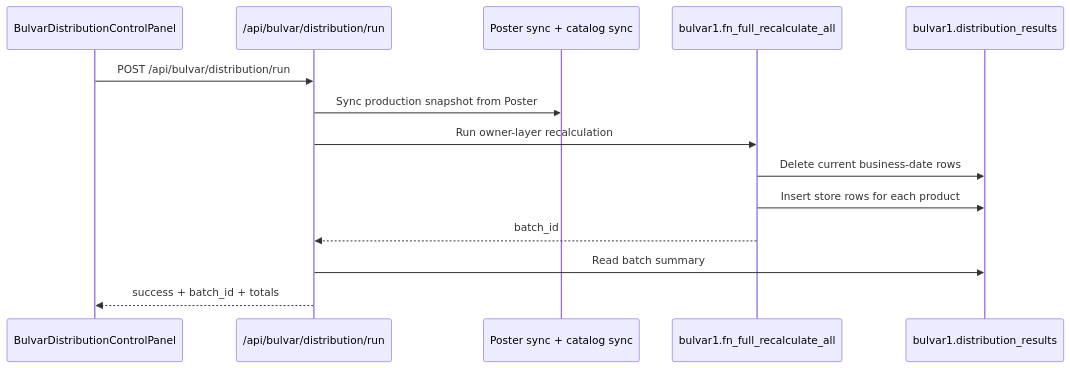
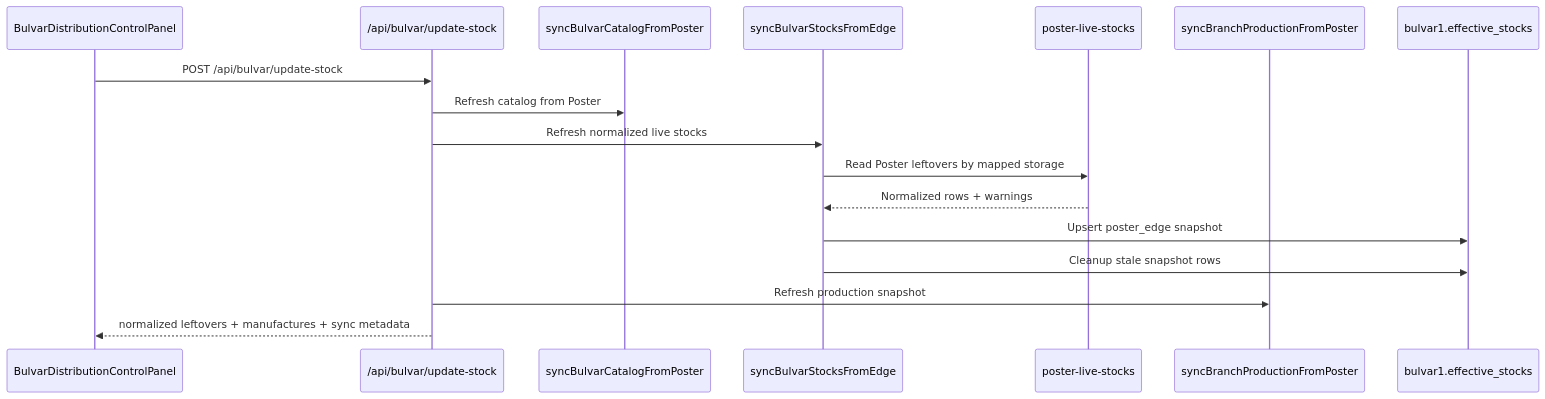
Before and after one commit to yobozavrik/operator_v2.2: the third of 3 diagrams in docs/bulvar-architecture-mermaid.md, drawn with Mermaid. The commit also changed other lines of this file and 4 other files, not shown here.

````diff
--- a/docs/bulvar-architecture-mermaid.md
+++ b/docs/bulvar-architecture-mermaid.md
@@ -104,17 +118,20 @@
 ```mermaid
 sequenceDiagram
     participant UI as BulvarDistributionControlPanel
-    participant API as /api/bulvar/distribution/run
-    participant Edge as Poster sync + catalog sync
-    participant RPC as bulvar1.fn_full_recalculate_all
-    participant DB as bulvar1.distribution_results
+    participant API as /api/bulvar/update-stock
+    participant Catalog as syncBulvarCatalogFromPoster
+    participant StockSync as syncBulvarStocksFromEdge
+    participant Edge as poster-live-stocks
+    participant ProdSync as syncBranchProductionFromPoster
+    participant DB as bulvar1.effective_stocks
 
-    UI->>API: POST /api/bulvar/distribution/run
-    API->>Edge: Sync production snapshot from Poster
-    API->>RPC: Run owner-layer recalculation
-    RPC->>DB: Delete current business-date rows
-    RPC->>DB: Insert store rows for each product
-    RPC-->>API: batch_id
-    API->>DB: Read batch summary
-    API-->>UI: success + batch_id + totals
+    UI->>API: POST /api/bulvar/update-stock
+    API->>Catalog: Refresh catalog from Poster
+    API->>StockSync: Refresh normalized live stocks
+    StockSync->>Edge: Read Poster leftovers by mapped storage
+    Edge-->>StockSync: Normalized rows + warnings
+    StockSync->>DB: Upsert poster_edge snapshot
+    StockSync->>DB: Cleanup stale snapshot rows
+    API->>ProdSync: Refresh production snapshot
+    API-->>UI: normalized leftovers + manufactures + sync metadata
 ```
````
